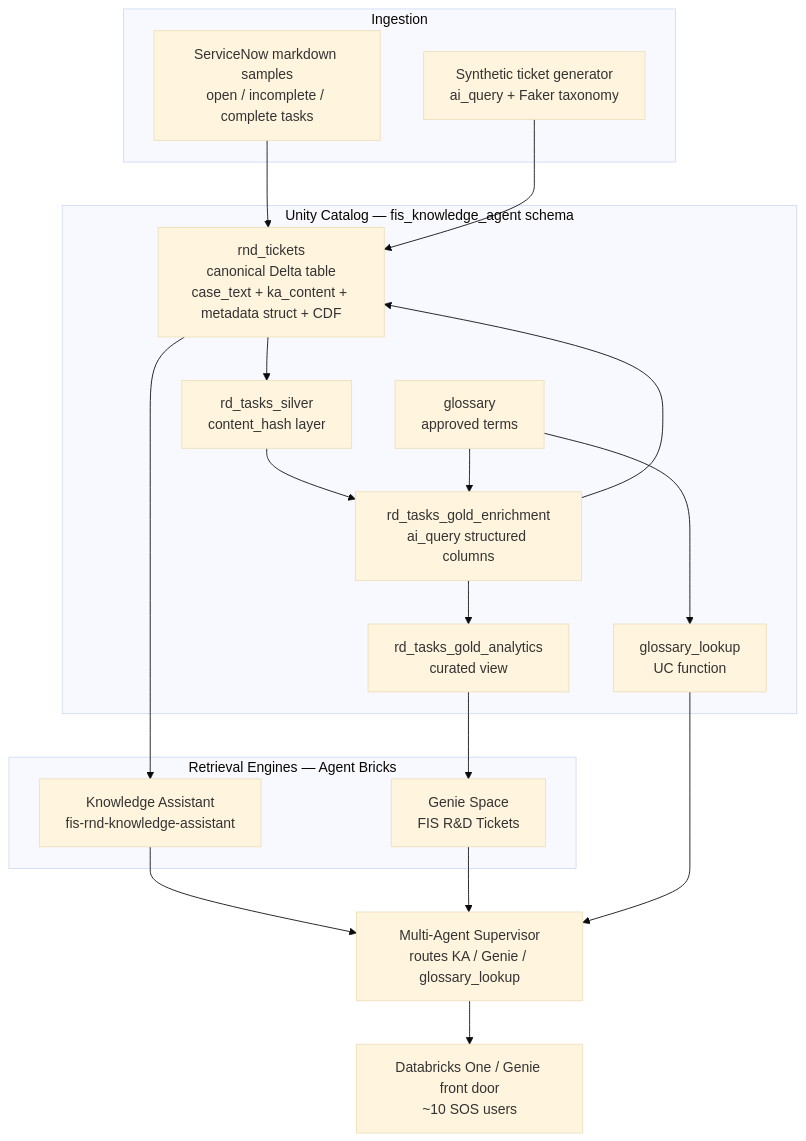
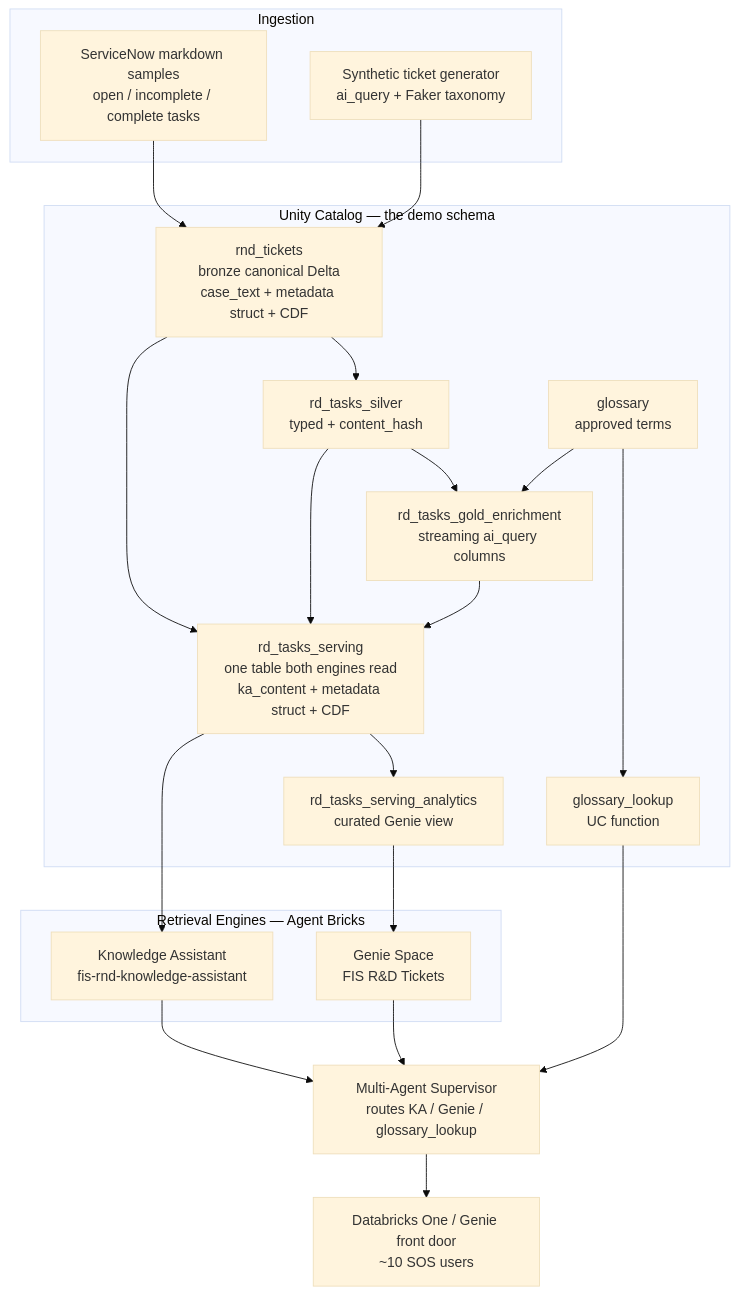
Before and after one commit to databricks-industry-solutions/field-repair-knowledge-assistant: the second of 2 diagrams in architecture.md, drawn with Mermaid (base theme). The commit also changed other lines of this file and 41 other files, not shown here.

````diff
--- a/architecture.md
+++ b/architecture.md
@@ -38,41 +38,44 @@
 ```mermaid
 graph TD
     subgraph Ingestion
         MD[ServiceNow markdown samples<br/>open / incomplete / complete tasks]
         SYN[Synthetic ticket generator<br/>ai_query + Faker taxonomy]
     end
 
-    subgraph "Unity Catalog — fis_knowledge_agent schema"
-        RAW[rnd_tickets<br/>canonical Delta table<br/>case_text + ka_content + metadata struct + CDF]
-        SILVER[rd_tasks_silver<br/>content_hash layer]
-        GOLD[rd_tasks_gold_enrichment<br/>ai_query structured columns]
-        VIEW[rd_tasks_gold_analytics<br/>curated view]
+    subgraph "Unity Catalog — the demo schema"
+        RAW[rnd_tickets<br/>bronze canonical Delta<br/>case_text + metadata struct + CDF]
+        SILVER[rd_tasks_silver<br/>typed + content_hash]
+        GOLD[rd_tasks_gold_enrichment<br/>streaming ai_query columns]
+        SERVING[rd_tasks_serving<br/>one table both engines read<br/>ka_content + metadata struct + CDF]
+        VIEW[rd_tasks_serving_analytics<br/>curated Genie view]
         GLOSS[glossary<br/>approved terms]
         FN[glossary_lookup<br/>UC function]
     end
 
     subgraph "Retrieval Engines — Agent Bricks"
         KA[Knowledge Assistant<br/>fis-rnd-knowledge-assistant]
         GENIE[Genie Space<br/>FIS R&D Tickets]
     end
 
     MAS[Multi-Agent Supervisor<br/>routes KA / Genie / glossary_lookup]
     FRONT[Databricks One / Genie front door<br/>~10 SOS users]
 
     MD --> RAW
     SYN --> RAW
     RAW --> SILVER
     SILVER --> GOLD
-    GOLD --> VIEW
-    GOLD --> RAW
+    RAW --> SERVING
+    SILVER --> SERVING
+    GOLD --> SERVING
+    SERVING --> VIEW
     GLOSS --> FN
     GLOSS --> GOLD
 
-    RAW --> KA
+    SERVING --> KA
     VIEW --> GENIE
 
     KA --> MAS
     GENIE --> MAS
     FN --> MAS
     MAS --> FRONT
 ```
````
